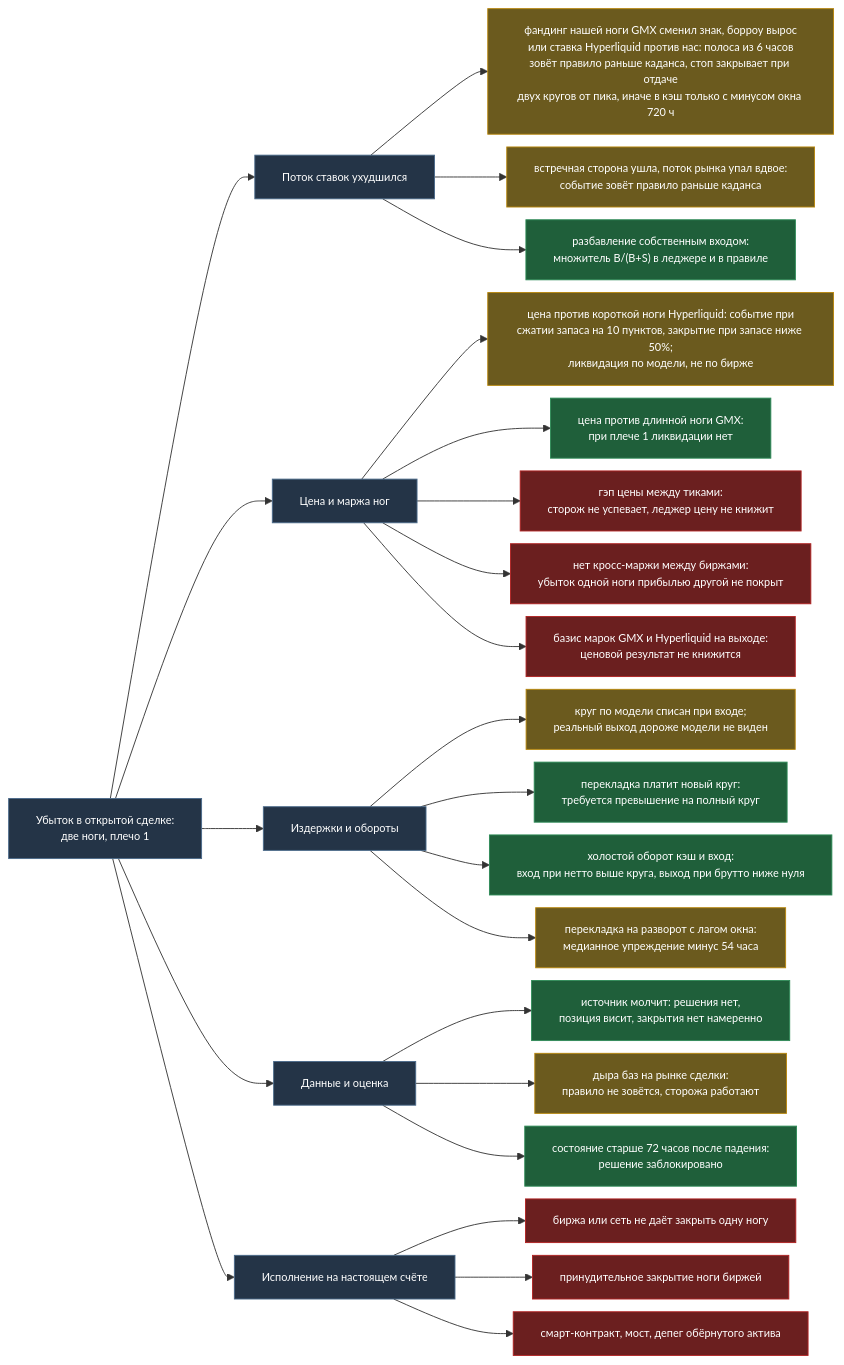
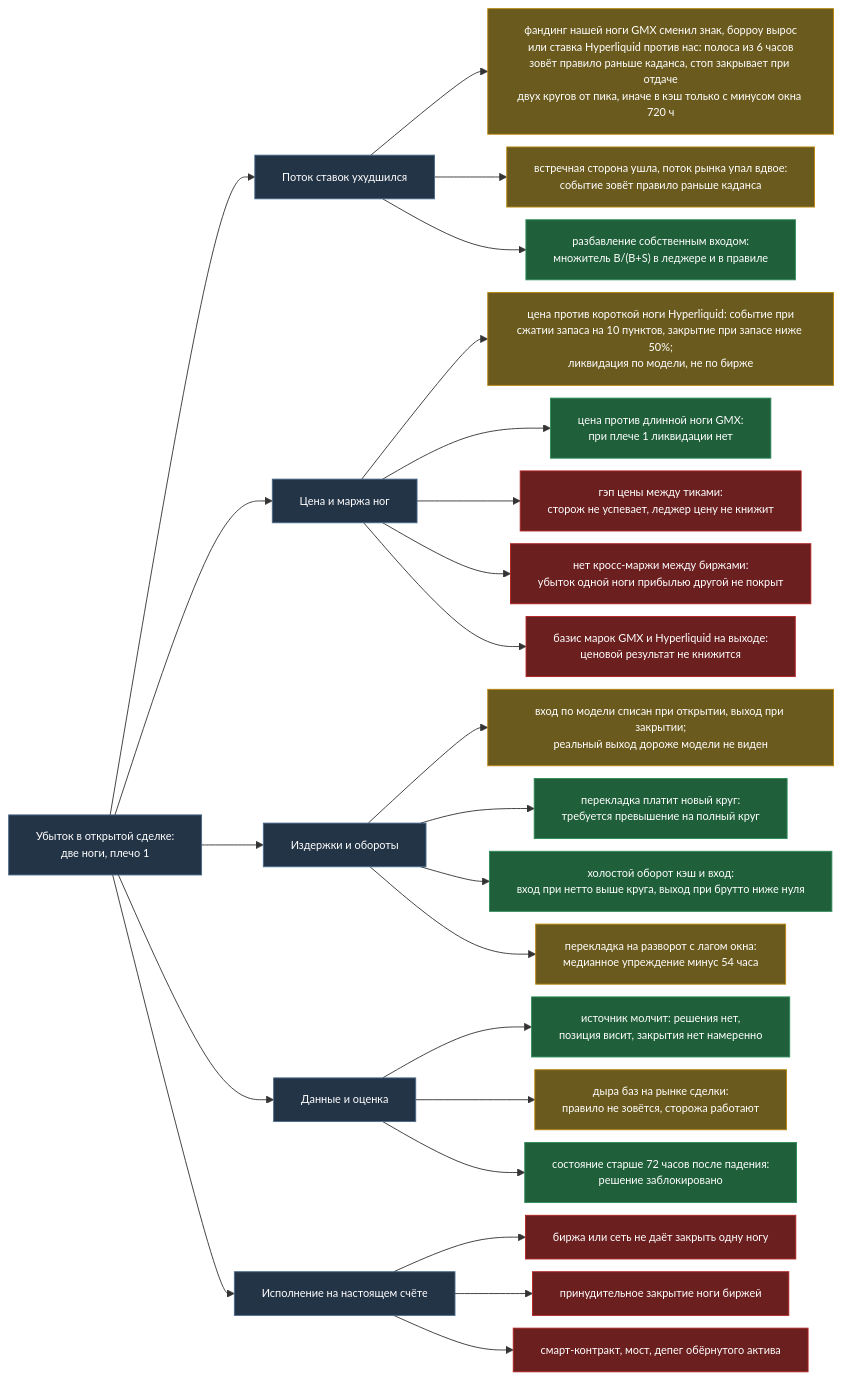
One commit to hamiltonalex/botLab changed the eighth of 8 diagrams in botLab-desktop/docs/bot1-funding-arb-how-it-works.ru.md. Above: the diagram before and after it, drawn with Mermaid. The commit also changed other lines of this file and 11 other files, not shown here.

````diff
--- a/botLab-desktop/docs/bot1-funding-arb-how-it-works.ru.md
+++ b/botLab-desktop/docs/bot1-funding-arb-how-it-works.ru.md
@@ -784,36 +787,36 @@
 ```mermaid
 %%{init: {"themeVariables": {"fontSize": "12px"}, "flowchart": {"nodeSpacing": 14, "rankSpacing": 36, "diagramPadding": 4, "wrappingWidth": 320}}}%%
 flowchart LR
     L["Убыток в открытой сделке:<br/>две ноги, плечо 1"]
     L --> A["Поток ставок ухудшился"]
     L --> B["Цена и маржа ног"]
     L --> C["Издержки и обороты"]
     L --> D["Данные и оценка"]
     L --> E["Исполнение на настоящем счёте"]
     A --> A1["фандинг нашей ноги GMX сменил знак, борроу вырос<br/>или ставка Hyperliquid против нас: полоса из 6 часов<br/>зовёт правило раньше каданса, стоп закрывает при отдаче<br/>двух кругов от пика, иначе в кэш только с минусом окна 720 ч"]
     A --> A2["встречная сторона ушла, поток рынка упал вдвое:<br/>событие зовёт правило раньше каданса"]
     A --> A3["разбавление собственным входом:<br/>множитель B/(B+S) в леджере и в правиле"]
     B --> B1["цена против короткой ноги Hyperliquid: событие при<br/>сжатии запаса на 10 пунктов, закрытие при запасе ниже 50%;<br/>ликвидация по модели, не по бирже"]
     B --> B2["цена против длинной ноги GMX:<br/>при плече 1 ликвидации нет"]
     B --> B3["гэп цены между тиками:<br/>сторож не успевает, леджер цену не книжит"]
     B --> B4["нет кросс-маржи между биржами:<br/>убыток одной ноги прибылью другой не покрыт"]
     B --> B5["базис марок GMX и Hyperliquid на выходе:<br/>ценовой результат не книжится"]
-    C --> C1["круг по модели списан при входе;<br/>реальный выход дороже модели не виден"]
+    C --> C1["вход по модели списан при открытии, выход при закрытии;<br/>реальный выход дороже модели не виден"]
     C --> C2["перекладка платит новый круг:<br/>требуется превышение на полный круг"]
     C --> C3["холостой оборот кэш и вход:<br/>вход при нетто выше круга, выход при брутто ниже нуля"]
     C --> C4["перекладка на разворот с лагом окна:<br/>медианное упреждение минус 54 часа"]
     D --> D1["источник молчит: решения нет,<br/>позиция висит, закрытия нет намеренно"]
     D --> D2["дыра баз на рынке сделки:<br/>правило не зовётся, сторожа работают"]
     D --> D3["состояние старше 72 часов после падения:<br/>решение заблокировано"]
     E --> E1["биржа или сеть не даёт закрыть одну ногу"]
     E --> E2["принудительное закрытие ноги биржей"]
     E --> E3["смарт-контракт, мост, депег обёрнутого актива"]
     classDef ok fill:#1f5f3a,color:#fff,stroke:#2e8b57
     classDef part fill:#6b5a1e,color:#fff,stroke:#b8860b
     classDef none fill:#6b1f1f,color:#fff,stroke:#b22222
     classDef hub fill:#243447,color:#fff,stroke:#4a6a8a
     class L,A,B,C,D,E hub
     class A3,B2,C2,C3,D1,D3 ok
     class A1,A2,B1,C1,C4,D2 part
     class B3,B4,B5,E1,E2,E3 none
 ```
````
